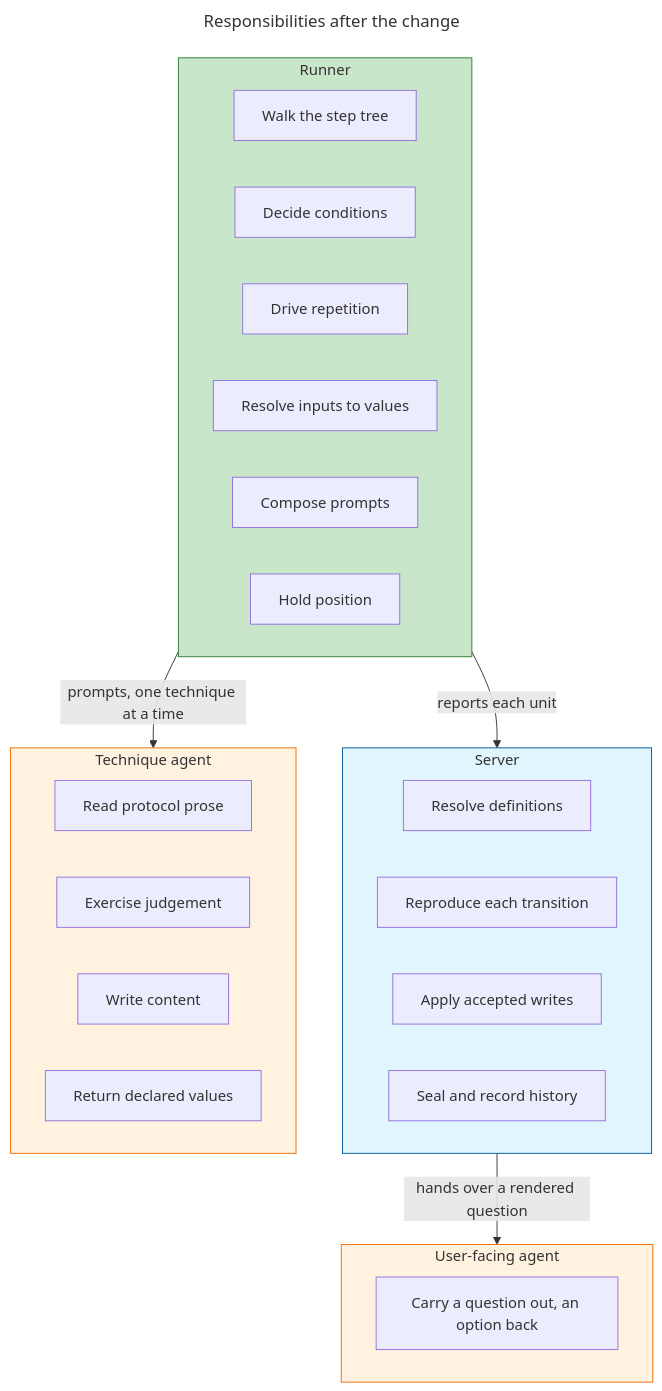
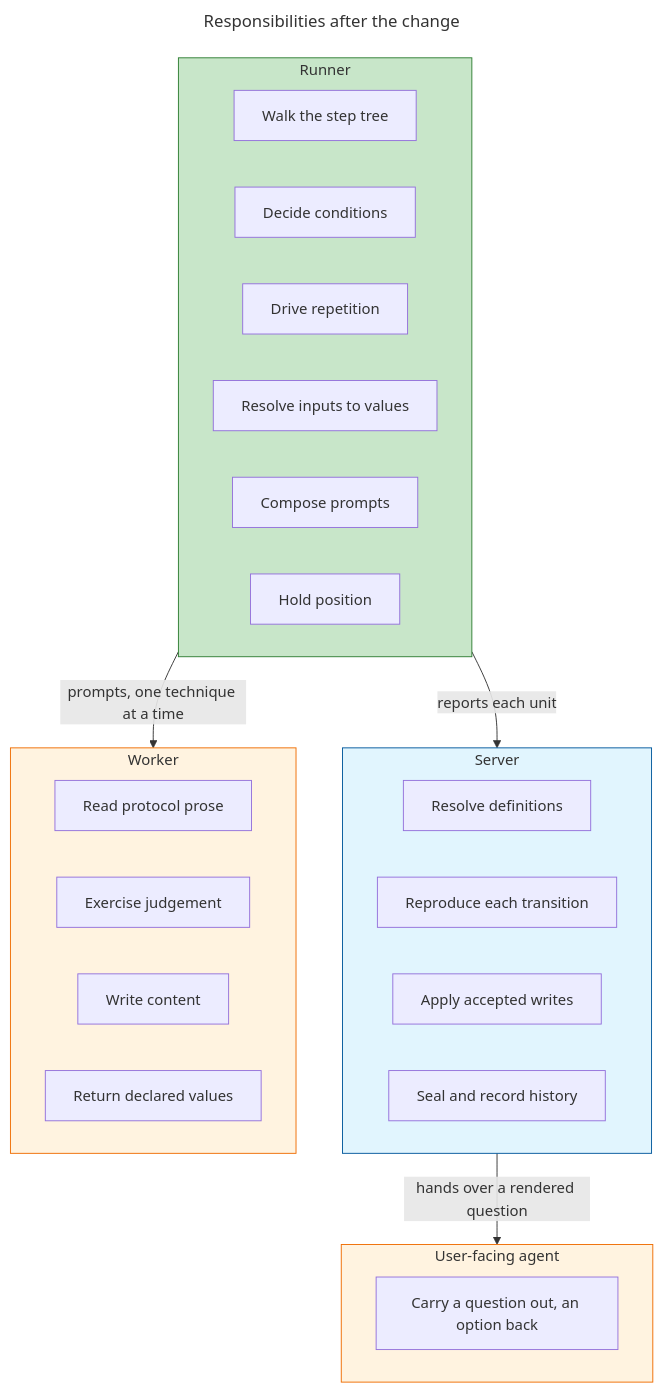
One commit to m2ux/workflow-server changed the fifth of 15 diagrams in artifacts/planning/2026-08-28-runner-execution-protocol/README.md. Above: the diagram before and after it, drawn with Mermaid. The commit also changed other lines of this file, not shown here.

````diff
--- a/artifacts/planning/2026-08-28-runner-execution-protocol/README.md
+++ b/artifacts/planning/2026-08-28-runner-execution-protocol/README.md
@@ -277,41 +277,41 @@
 ```mermaid
 ---
 title: Responsibilities after the change
 ---
 flowchart TB
     subgraph R [Runner]
         R1[Walk the step tree]
         R2[Decide conditions]
         R3[Drive repetition]
         R4[Resolve inputs to values]
         R5[Compose prompts]
         R6[Hold position]
     end
 
     subgraph S [Server]
         S1[Resolve definitions]
         S2[Reproduce each transition]
         S3[Apply accepted writes]
         S4[Seal and record history]
     end
 
-    subgraph A [Technique agent]
+    subgraph A [Worker]
         A1[Read protocol prose]
         A2[Exercise judgement]
         A3[Write content]
         A4[Return declared values]
     end
 
     subgraph F [User-facing agent]
         F1[Carry a question out, an option back]
     end
 
     R -->|reports each unit| S
     R -->|prompts, one technique at a time| A
     S -->|hands over a rendered question| F
 
     style R fill:#c8e6c9,stroke:#2e7d32
     style S fill:#e1f5fe,stroke:#01579b
     style A fill:#fff3e0,stroke:#ef6c00
     style F fill:#fff3e0,stroke:#ef6c00
 ```
````
